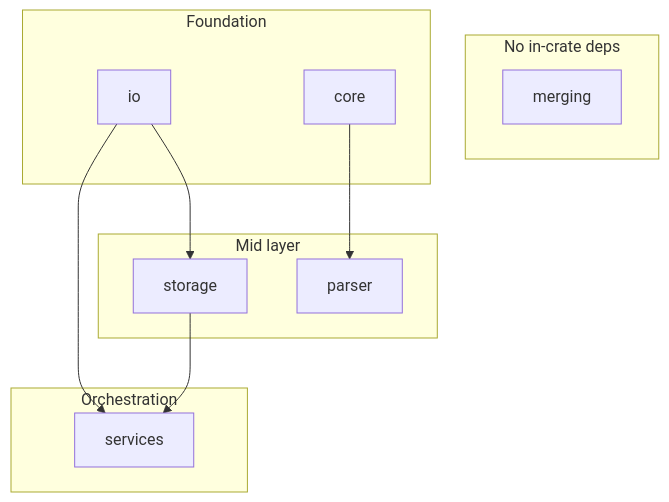
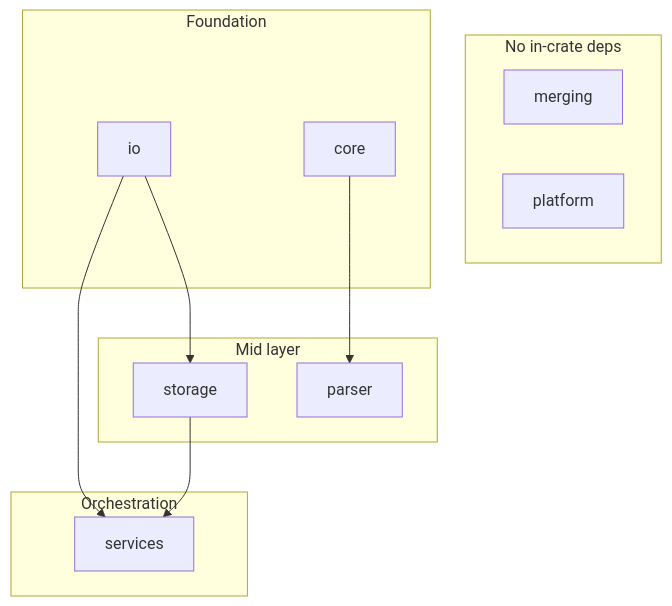
Before and after one commit to Donekulda/Squires-Way: the first of 3 diagrams in docs/architecture/architecture/dependencies.md, drawn with Mermaid. The commit also changed other lines of this file and 15 other files, not shown here.

Commit message:
Add platform module with configuration options, clipboard abstraction, and Linux display helpers. Update architecture documentation to include platform references in the table of contents and module interactions. Enhance overall project structure by integrating platform-related functionalities.

````diff
--- a/docs/architecture/architecture/dependencies.md
+++ b/docs/architecture/architecture/dependencies.md
@@ -7,21 +7,22 @@
 ```mermaid
 flowchart TB
     subgraph leaf [No in-crate deps]
         merging[merging]
+        platform[platform]
     end
     subgraph foundation [Foundation]
         core[core]
         io[io]
     end
     subgraph mid [Mid layer]
         storage[storage]
         parser[parser]
     end
     subgraph top [Orchestration]
         services[services]
     end
     core --> parser
     io --> storage
     io --> services
     storage --> services
 ```
````
